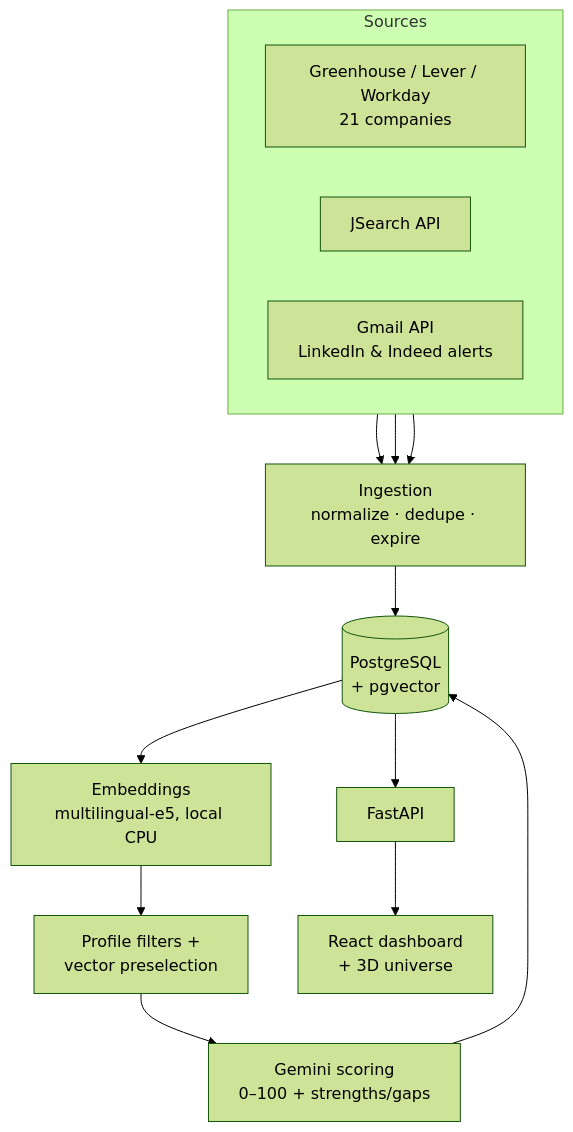
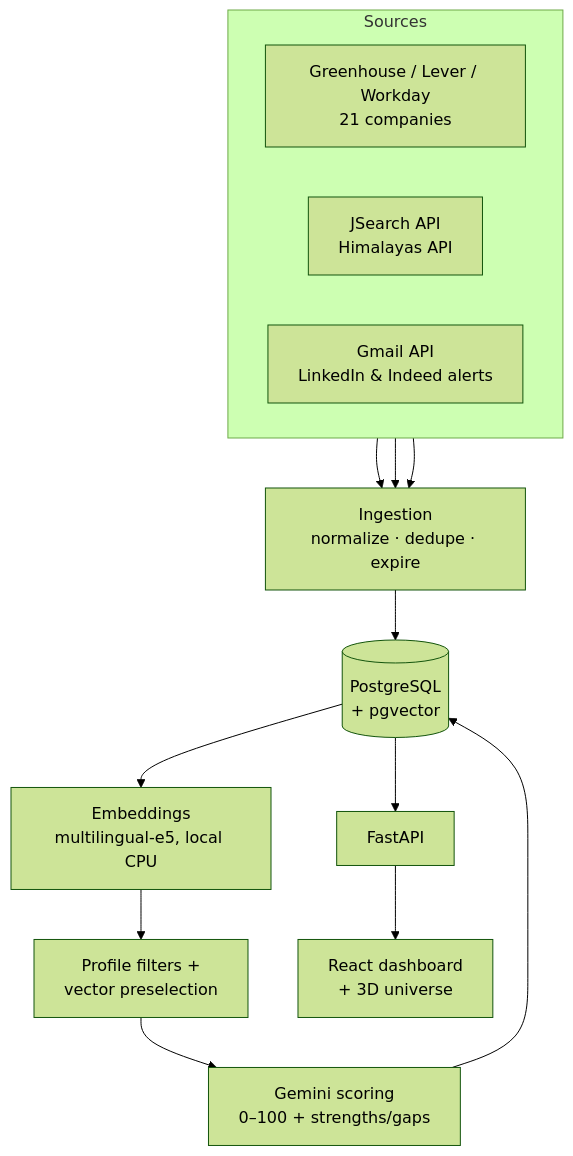
One commit to ifhy-alex/MoneyPlease changed the diagram in README.md. Above: the diagram before and after it, drawn with Mermaid (forest theme). The commit also changed other lines of this file and 9 other files, not shown here.

````diff
--- a/README.md
+++ b/README.md
@@ -24,16 +24,16 @@
 ```mermaid
 flowchart TB
     subgraph Sources
         direction LR
         A[Greenhouse / Lever / Workday<br/>21 companies]
-        B[JSearch API]
+        B[JSearch API<br/>Himalayas API]
         C[Gmail API<br/>LinkedIn & Indeed alerts]
     end
     A & B & C --> D[Ingestion<br/>normalize · dedupe · expire]
     D --> E[(PostgreSQL<br/>+ pgvector)]
     E --> F[Embeddings<br/>multilingual-e5, local CPU]
     F --> G[Profile filters +<br/>vector preselection]
     G --> H[Gemini scoring<br/>0–100 + strengths/gaps]
     H --> E
     E --> I[FastAPI] --> J[React dashboard<br/>+ 3D universe]
 ```
````
